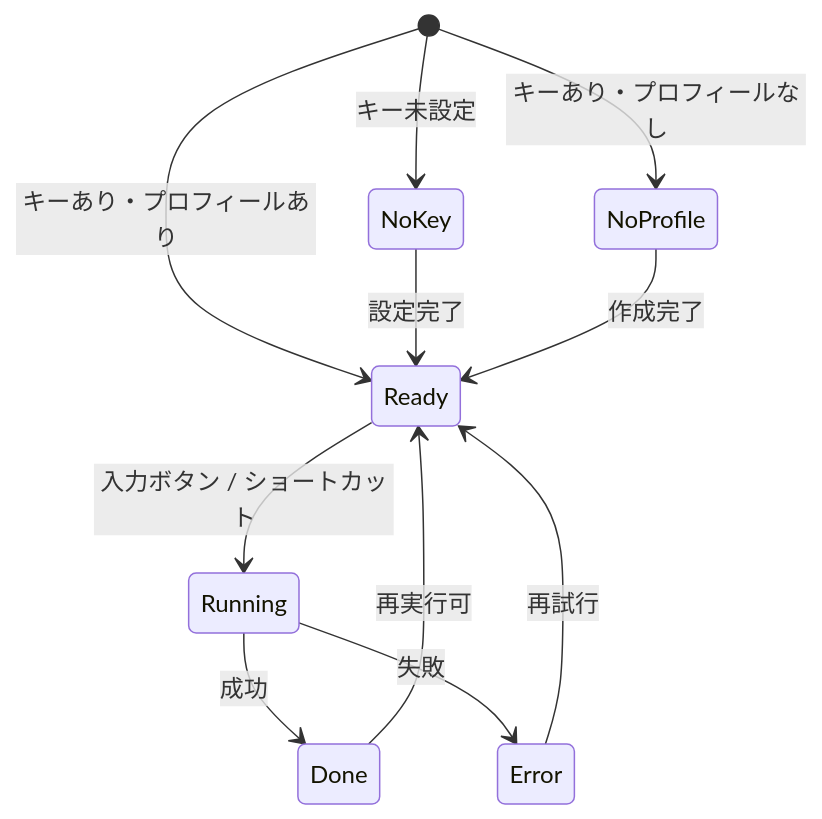
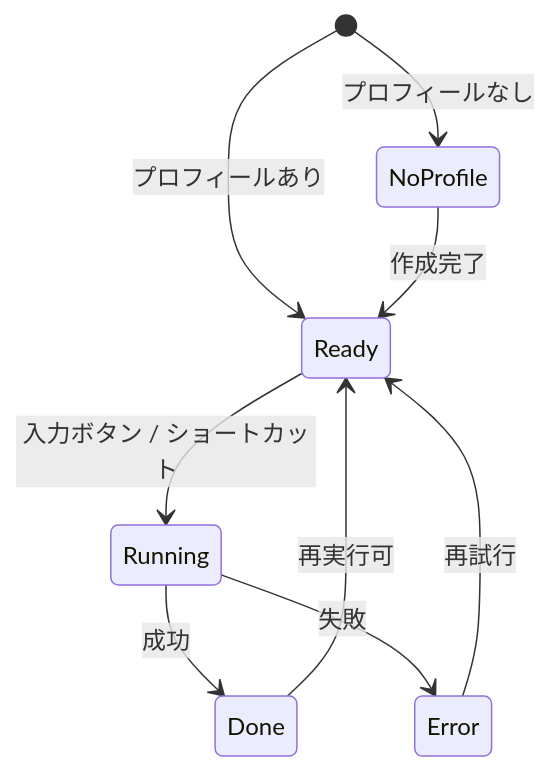
One commit to Yu-Rin-Chi2/auto-form-filler-plugin changed the diagram in docs/requirements/03-uiux-definition.md. Above: the diagram before and after it, drawn with Mermaid. The commit also changed other lines of this file and 8 other files, not shown here.

````diff
--- a/docs/requirements/03-uiux-definition.md
+++ b/docs/requirements/03-uiux-definition.md
@@ -235,13 +214,11 @@
 ```mermaid
 stateDiagram-v2
-    [*] --> NoKey: キー未設定
-    [*] --> NoProfile: キーあり・プロフィールなし
-    [*] --> Ready: キーあり・プロフィールあり
-    NoKey --> Ready: 設定完了
+    [*] --> NoProfile: プロフィールなし
+    [*] --> Ready: プロフィールあり
     NoProfile --> Ready: 作成完了
     Ready --> Running: 入力ボタン / ショートカット
     Running --> Done: 成功
     Running --> Error: 失敗
     Done --> Ready: 再実行可
     Error --> Ready: 再試行
 ```
````
